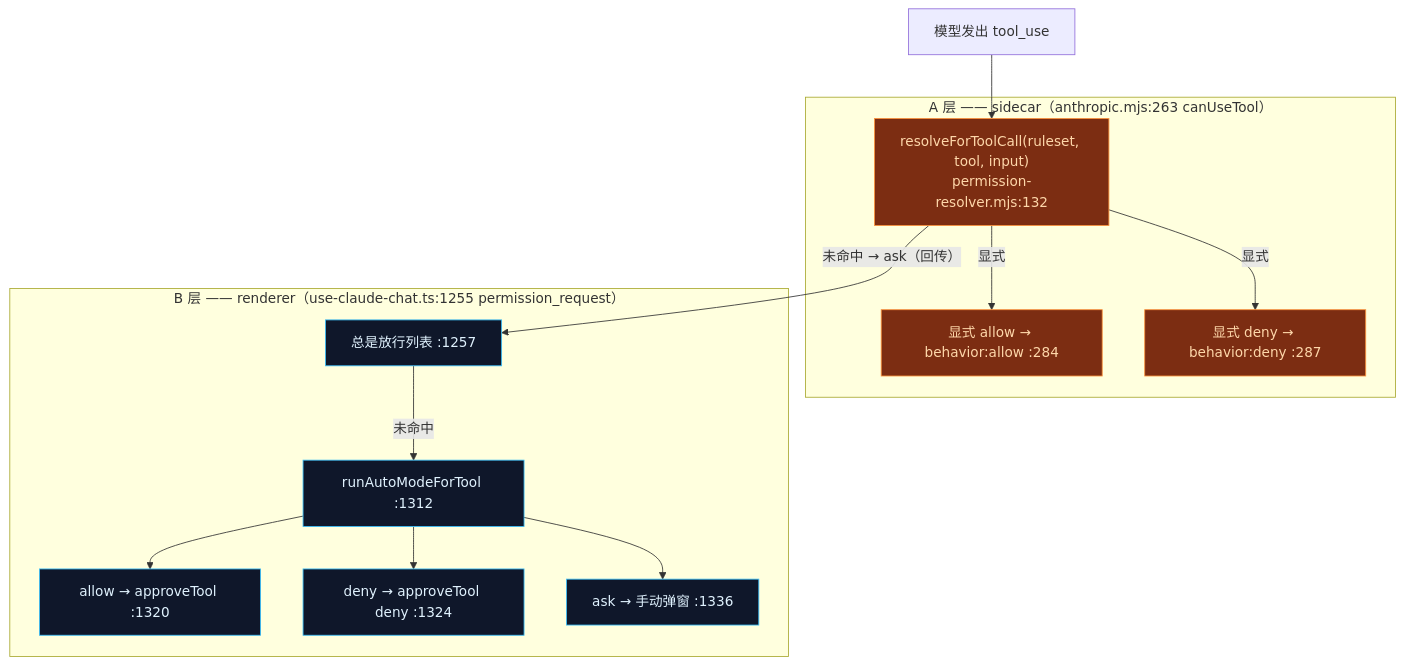
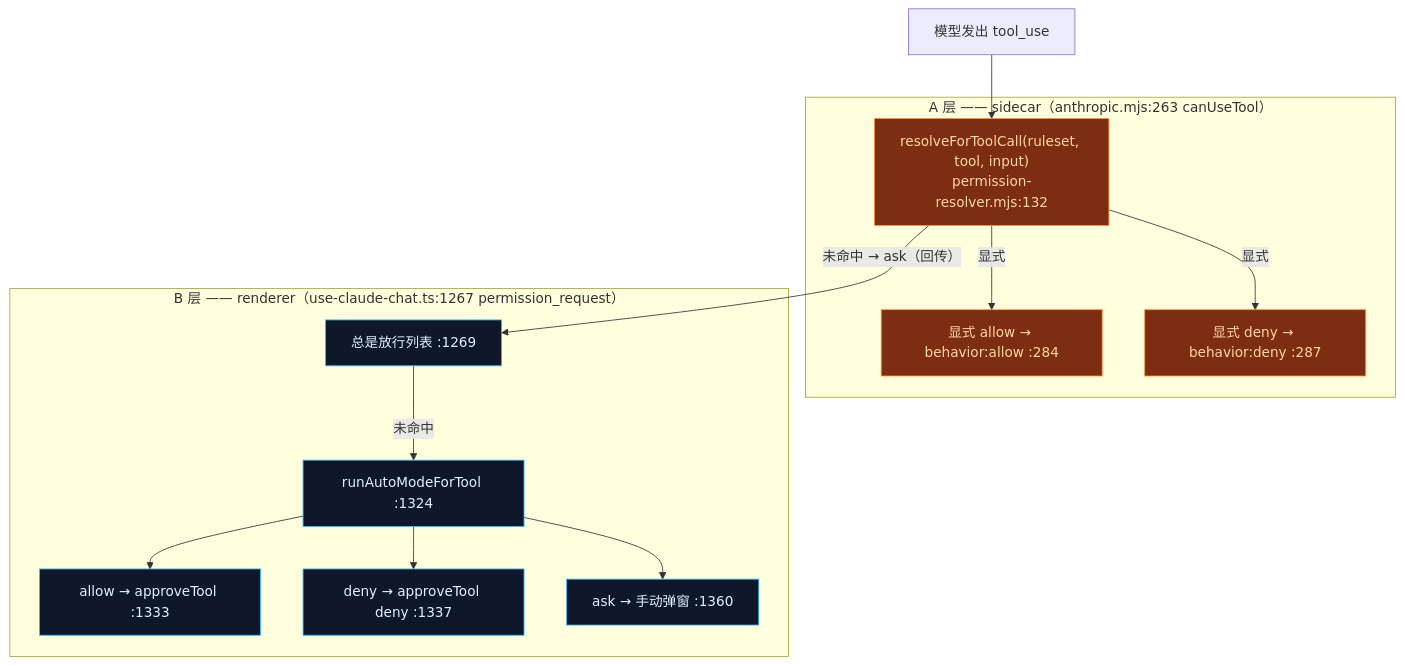
Before and after one commit to MaxQian888/cognia-next: the first of 3 diagrams in docs/content/docs/zh/chat/built-in-agent/permissions.mdx, drawn with Mermaid. The commit also changed other lines of this file and 17 other files, not shown here.

````diff
--- a/docs/content/docs/zh/chat/built-in-agent/permissions.mdx
+++ b/docs/content/docs/zh/chat/built-in-agent/permissions.mdx
@@ -27,27 +27,27 @@
 ```mermaid
 flowchart TB
   TOOL["模型发出 tool_use"]
   subgraph A["A 层 —— sidecar（anthropic.mjs:263 canUseTool）"]
     RR["resolveForToolCall(ruleset, tool, input)<br/>permission-resolver.mjs:132"]
     EA["显式 allow → behavior:allow :284"]
     ED["显式 deny → behavior:deny :287"]
   end
-  subgraph B["B 层 —— renderer（use-claude-chat.ts:1255 permission_request）"]
-    AL["总是放行列表 :1257"]
-    AM["runAutoModeForTool :1312"]
-    APV["allow → approveTool :1320"]
-    DNY["deny → approveTool deny :1324"]
-    MODAL["ask → 手动弹窗 :1336"]
+  subgraph B["B 层 —— renderer（use-claude-chat.ts:1267 permission_request）"]
+    AL["总是放行列表 :1269"]
+    AM["runAutoModeForTool :1324"]
+    APV["allow → approveTool :1333"]
+    DNY["deny → approveTool deny :1337"]
+    MODAL["ask → 手动弹窗 :1360"]
   end
 
   TOOL --> RR
   RR -->|显式| EA & ED
   RR -->|"未命中 → ask（回传）"| AL
   AL -->|未命中| AM
   AM --> APV & DNY & MODAL
 
   classDef a fill:#7c2d12,stroke:#fb923c,color:#fed7aa
   classDef b fill:#0f172a,stroke:#38bdf8,color:#e0f2fe
   class RR,EA,ED a
   class AL,AM,APV,DNY,MODAL b
 ```
````
